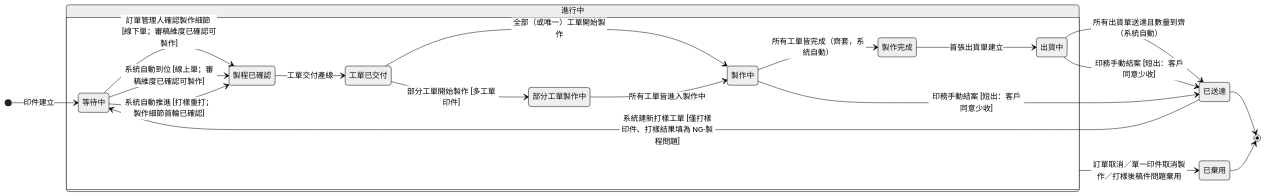
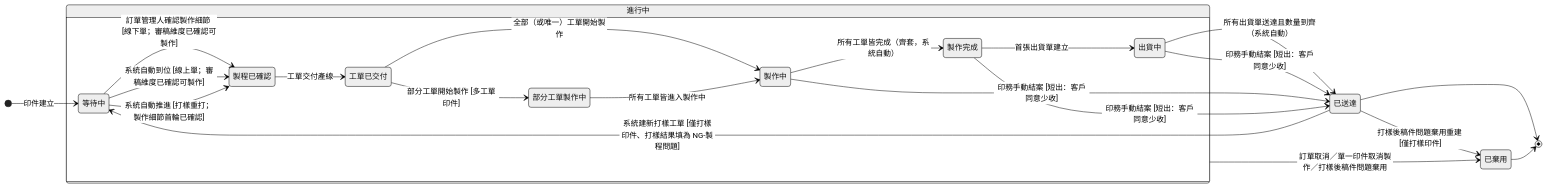
One commit to Kawato-Miles/erp-spec changed the second of 2 diagrams in memory/Sens_wiki/wiki/erp/06-state-machines/印件狀態.md. Above: the diagram before and after it, drawn with Mermaid (neutral theme). The commit also changed other lines of this file and 24 other files, not shown here.

````diff
--- a/memory/Sens_wiki/wiki/erp/06-state-machines/印件狀態.md
+++ b/memory/Sens_wiki/wiki/erp/06-state-machines/印件狀態.md
@@ -103,39 +106,41 @@
 ```mermaid
 stateDiagram-v2
     direction LR
 
     [*] --> p_waiting : 印件建立
 
     state "進行中" as Active {
         direction LR
         state "等待中" as p_waiting
         state "製程已確認" as p_confirmed
         state "工單已交付" as p_delivered
         state "部分工單製作中" as p_partial
         state "製作中" as p_making
         state "製作完成" as p_done
         state "出貨中" as p_shipping
 
         p_waiting --> p_confirmed : 訂單管理人確認製作細節 [線下單；審稿維度已確認可製作]
         p_waiting --> p_confirmed : 系統自動到位 [線上單；審稿維度已確認可製作]
         p_waiting --> p_confirmed : 系統自動推進 [打樣重打；製作細節首輪已確認]
         p_confirmed --> p_delivered : 工單交付產線
         p_delivered --> p_partial : 部分工單開始製作 [多工單印件]
         p_delivered --> p_making : 全部（或唯一）工單開始製作
         p_partial --> p_making : 所有工單皆進入製作中
         p_making --> p_done : 所有工單皆完成（齊套，系統自動）
         p_done --> p_shipping : 首張出貨單建立
     }
 
     state "已送達" as p_arrived
     state "已棄用" as p_discarded
 
     p_shipping --> p_arrived : 所有出貨單送達且數量到齊（系統自動）
     p_shipping --> p_arrived : 印務手動結案 [短出：客戶同意少收]
     p_making --> p_arrived : 印務手動結案 [短出：客戶同意少收]
+    p_done --> p_arrived : 印務手動結案 [短出：客戶同意少收]
     p_arrived --> p_waiting : 系統建新打樣工單 [僅打樣印件、打樣結果填為 NG-製程問題]
     Active --> p_discarded : 訂單取消／單一印件取消製作／打樣後稿件問題棄用
+    p_arrived --> p_discarded : 打樣後稿件問題棄用重建 [僅打樣印件]
 
     p_arrived --> [*]
     p_discarded --> [*]
 ```
````
